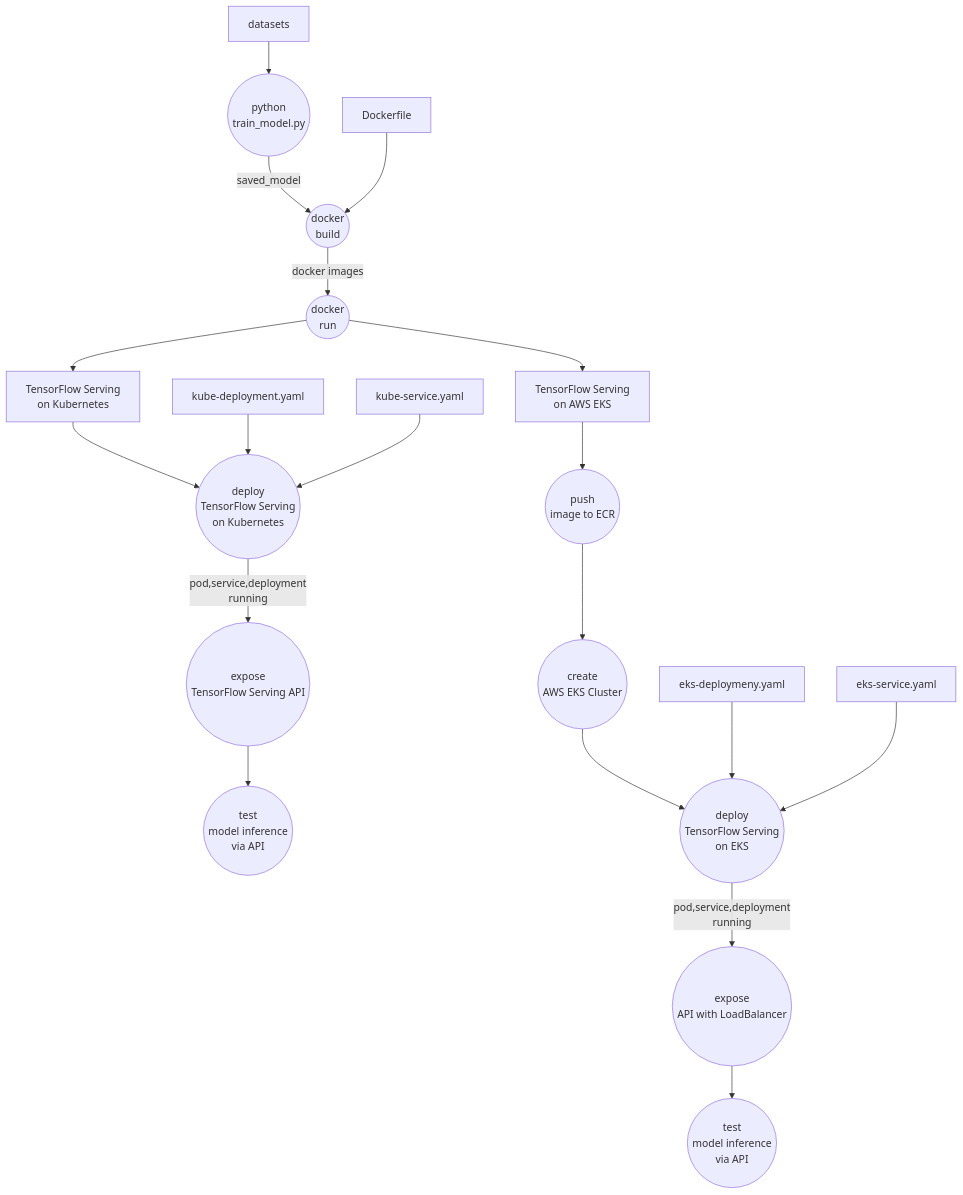
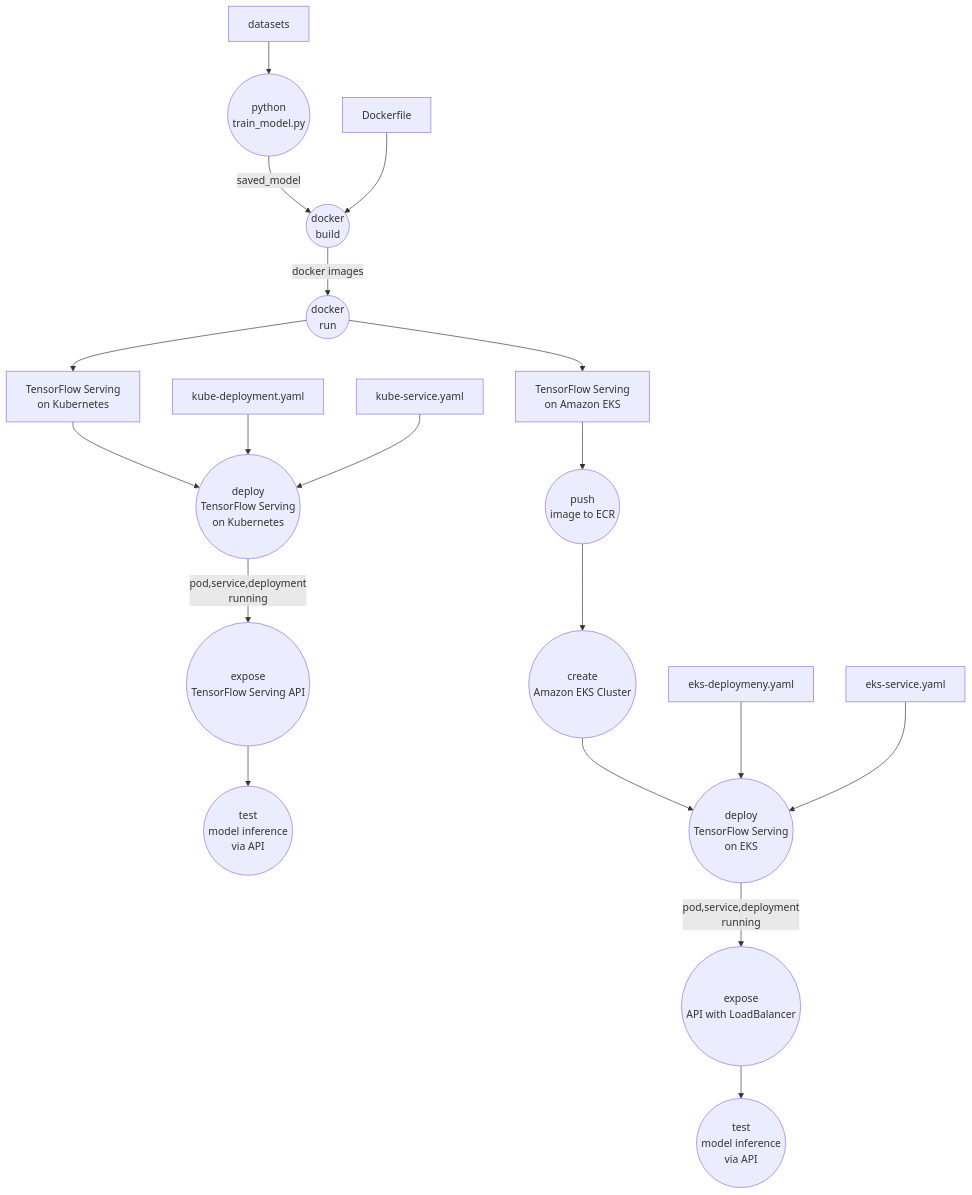
Before and after one commit to ketut-garjita/E-Commerce-Engagement-ML: the diagram in README.md, drawn with Mermaid. The commit also changed other lines of this file, not shown here.

````diff
--- a/README.md
+++ b/README.md
@@ -113,42 +113,42 @@
 ```mermaid
 graph TD
     A((python
 train_model.py)) --> | saved_model | B((docker
 build))
     B --> | docker images | C((docker
 run))
     C --> D1[TensorFlow Serving 
 on Kubernetes]
     C --> D2[TensorFlow Serving 
-on AWS EKS]
+on Amazon EKS]
     
     D1 --> E1((deploy
 TensorFlow Serving
 on Kubernetes))
     E1 --> | pod,service,deployment
 running | F1((expose
 TensorFlow Serving API))
     F1 --> G1((test 
 model inference
 via API))
 
     D2 --> E2((push
 image to ECR))
     E2 --> F2((create
-AWS EKS Cluster))
+Amazon EKS Cluster))
     F2 --> G2((deploy 
 TensorFlow Serving
 on EKS))
     G2 --> | pod,service,deployment
 running | H2((expose
 API with LoadBalancer))
     H2 --> I2((test 
 model inference
 via API))
 datasets --> A
 Dockerfile --> B
 kube-deployment.yaml --> E1
 kube-service.yaml --> E1
 eks-deploymeny.yaml --> G2
 eks-service.yaml --> G2
 ```
````
